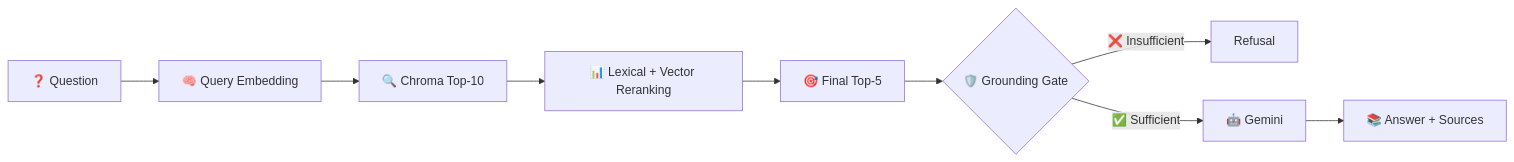
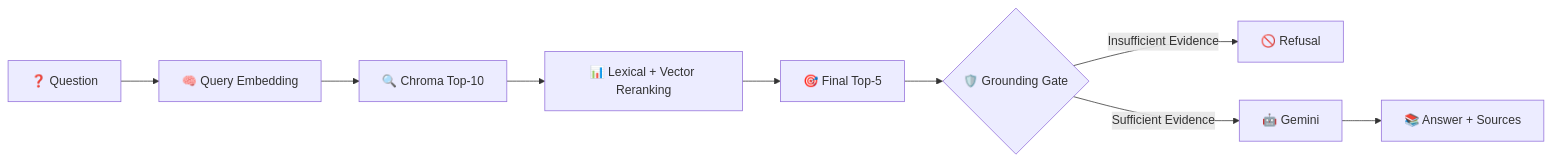
Before and after one commit to amruthssss/Autonomous_arXiv_Assessment-: the second of 2 diagrams in README.md, drawn with Mermaid. The commit also changed other lines of this file, not shown here.

````diff
--- a/README.md
+++ b/README.md
@@ -388,13 +337,14 @@
 ```mermaid
 flowchart LR
 
     A["❓ Question"] --> B["🧠 Query Embedding"]
     B --> C["🔍 Chroma Top-10"]
     C --> D["📊 Lexical + Vector Reranking"]
     D --> E["🎯 Final Top-5"]
     E --> F{"🛡️ Grounding Gate"}
 
-    F -->|❌ Insufficient| G["Refusal"]
-    F -->|✅ Sufficient| H["🤖 Gemini"]
+    F -->|Insufficient Evidence| G["🚫 Refusal"]
+    F -->|Sufficient Evidence| H["🤖 Gemini"]
+
     H --> I["📚 Answer + Sources"]
 ```
````
